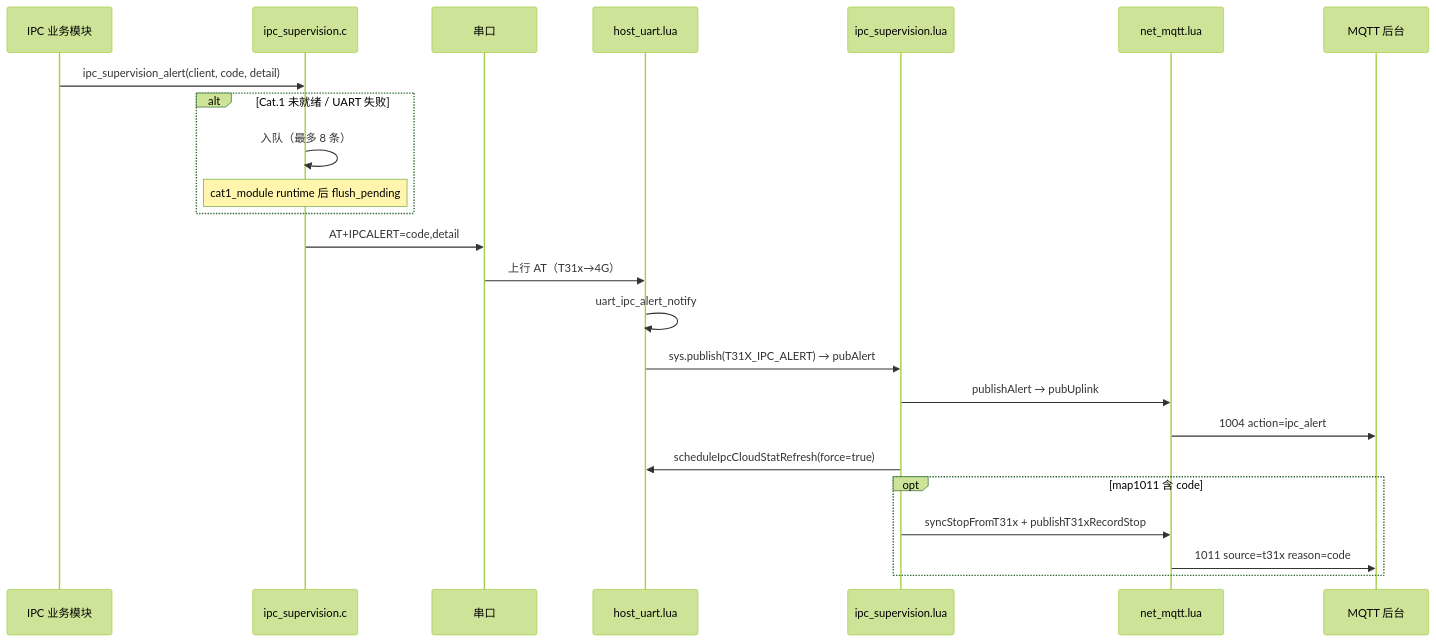
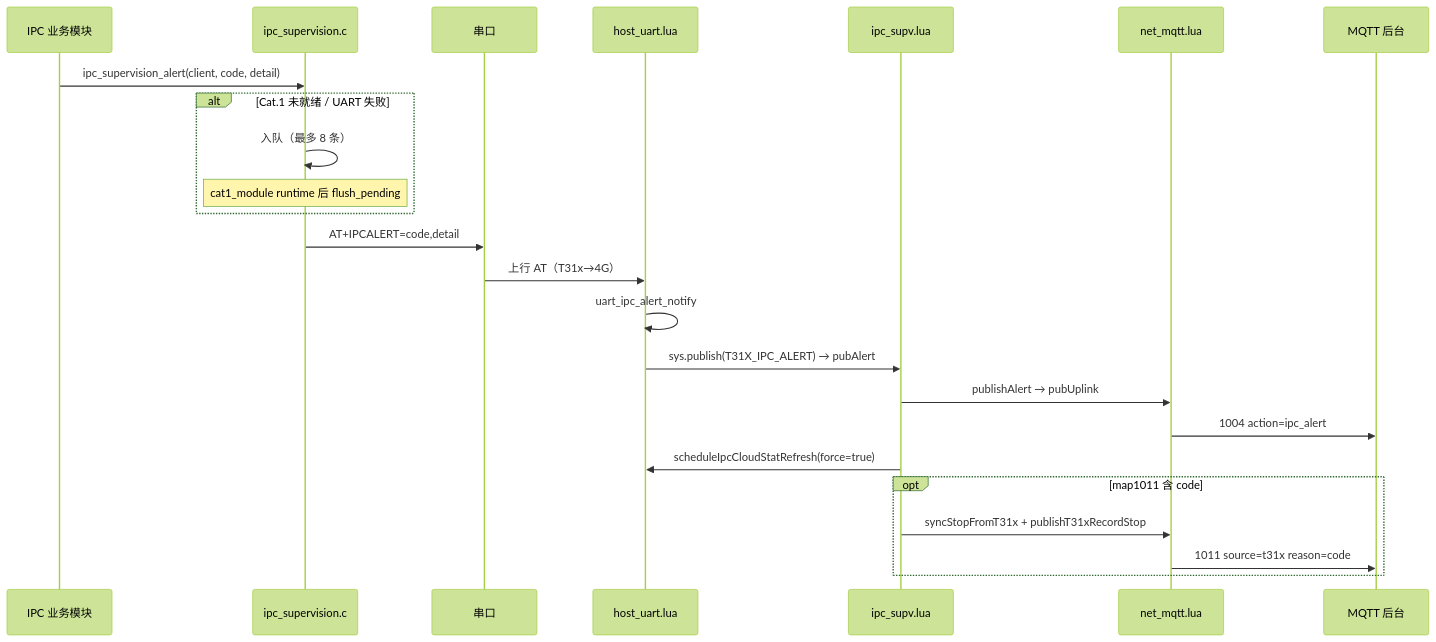
One commit to dzr1986/AIR780EHM changed the second of 3 diagrams in doc/T31X_IPC_CAT1_SUPERVISION.md. Above: the diagram before and after it, drawn with Mermaid (forest theme). The commit also changed other lines of this file and 27 other files, not shown here.

````diff
--- a/doc/T31X_IPC_CAT1_SUPERVISION.md
+++ b/doc/T31X_IPC_CAT1_SUPERVISION.md
@@ -91,27 +91,27 @@
 ```mermaid
 sequenceDiagram
     participant Mod as IPC 业务模块
     participant Hub as ipc_supervision.c
     participant UART as 串口
     participant HU as host_uart.lua
-    participant SUP as ipc_supervision.lua
+    participant SUP as ipc_supv.lua
     participant MQ as net_mqtt.lua
     participant BE as MQTT 后台
 
     Mod->>Hub: ipc_supervision_alert(client, code, detail)
     alt Cat.1 未就绪 / UART 失败
         Hub->>Hub: 入队（最多 8 条）
         Note over Hub: cat1_module runtime 后 flush_pending
     end
     Hub->>UART: AT+IPCALERT=code,detail
     UART->>HU: 上行 AT（T31x→4G）
     HU->>HU: uart_ipc_alert_notify
     HU->>SUP: sys.publish(T31X_IPC_ALERT) → pubAlert
     SUP->>MQ: publishAlert → pubUplink
     MQ->>BE: 1004 action=ipc_alert
     SUP->>HU: scheduleIpcCloudStatRefresh(force=true)
     opt map1011 含 code
         SUP->>MQ: syncStopFromT31x + publishT31xRecordStop
         MQ->>BE: 1011 source=t31x reason=code
     end
 ```
````
